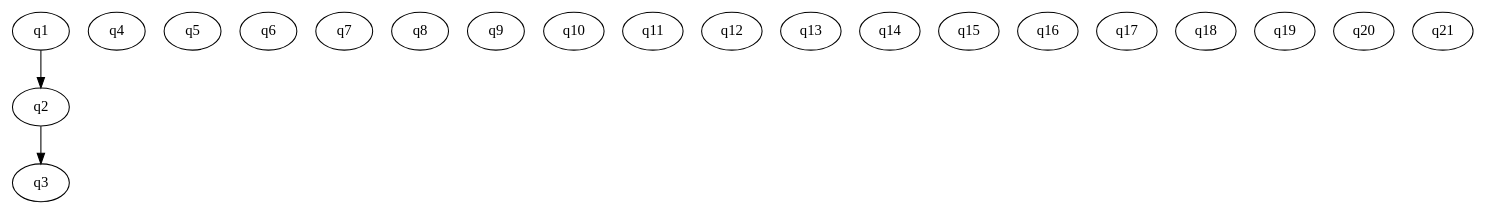
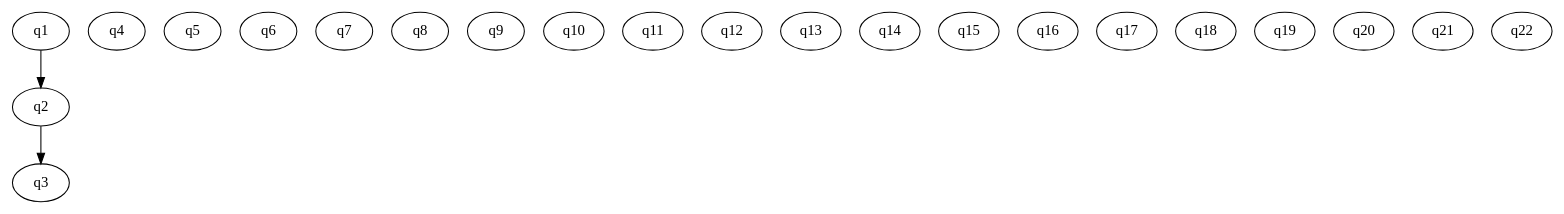
The diagram in algebra742live/content/question_digraphs/ch5.dot (cdurden/algebra742), drawn with Graphviz before and after one commit. The commit also changed 7 other files, not shown here.

```diff
--- a/algebra742live/content/question_digraphs/ch5.dot
+++ b/algebra742live/content/question_digraphs/ch5.dot
@@ -1,25 +1,27 @@
 digraph ch5 {
   start=q1;
   q1 [class="Question.SolutionQuestion",params="{'statement': 'x+3>70'}"];
   q2 [class="Question.SolutionQuestion",params="{'statement': 'x+3<70'}"];
   q3 [class="Question.SolutionQuestion",params="{'statement': '5x<2'}"];
   q4 [class="Question.SolutionQuestion",params="{'statement': '-5x<2'}"];
   q5 [class="Question.NonSolutionQuestion",params="{'statement': 'x+3>70'}"];
   q6 [class="Question.NonSolutionQuestion",params="{'statement': 'x+3<70'}"];
   q7 [class="Question.NonSolutionQuestion",params="{'statement': '5x<2'}"];
   q8 [class="Question.NonSolutionQuestion",params="{'statement': '-5x<2'}"];
   q9 [class="Question.SolutionQuestion",params="{'statement': '-3x>18'}"];
   q10 [class="Question.OpenEndedQuestion",params="{'Question': 'How are the solutions to the inequality $-3x \\ge 18$ different from the solutions to $-3x>18$? Explain your reasoning.'}"];
   q11 [class="Question.AsyGraphicsDrawingQuestion",params="{'template': 'NumberLine.asy', 'min':'-8', 'max':'8', 'Question': 'Where are $-5$ and $2$ relative to each other?'}"];
   q12 [class="Question.DotGraphicsQuestion",params="{'template': 'ch5.dot'}"];
   q13 [class="Question.MultiPartQuestion",params="{'parts': [{'class':'Question.SolutionQuestion', 'params': {'statement': 'x+3>70'}}, {'class':'Question.SolutionQuestion', 'params': {'statement': 'x+3<70'}}, {'class':'Question.SolutionQuestion', 'params': {'statement': '5x<2'}}, {'class':'Question.SolutionQuestion', 'params': {'statement': '-5x<2'}}]}"];
   q14 [class="Question.AsyGraphicsQuestion",params="{'template': 'NumberLine.asy', 'min':'-3', 'max':'8', 'Question': ''}"];
   q15 [class="Question.AsyGraphicsQuestion",params="{'template': 'NumberLine.asy', 'min':'-3', 'max':'20', 'Question': ''}"];
   q16 [class="Question.AsyGraphicsQuestion",params="{'template': 'NumberLine.asy', 'min':'-3', 'max':'10', 'Question': ''}"];
   q17 [class="Question.DrawingQuestion",params="{'background_image_url': '/static/images/NumberLineNoLabels.png','Question': 'Graph the solutions to the inequality $-x \\geq -4$ on the number line:'}"];
   q18 [class="Question.CompleteTableQuestion",params="{'csv': 'a,b,c\n1,[2],3\n4,[5],6\n','Question': 'Complete the table','transpose_display': 'True'}"];
   q19 [class="Question.CompleteTableDraggableQuestion",params="{'csv': '$x$,$-x$,True or false: $-x \\geq -4$\n3,[-3],[True]\n-3,[3],[True]\n4,[-4],[True]\n-4,[4],[True]\n4.001,[-4.001],[False]\n-4.001,[4.001],[True]\n','Question': 'Complete the table','transpose_display': 'True','blocks':[3,4,-3,-4,4.001,-4.001,'True','False']}"];
   q20 [class="Question.CompleteTableQuestion",params="{'csv': '$x$,$x-3$\n-4,-7\n-3,[-6]\n-2,-5\n-1,[-4]\n0,[-3]\n1,[-2]\n2,-1\n3,[0]\n4,1','Question': 'Complete the table','transpose_display': 'True'}"];
   q21 [class="Question.CompleteTableQuestion",params="{'csv': '$x$,$2x$\n-4,[-8]\n-3,[-6]\n-2,[-4]\n-1,[-2]\n0,[0]\n1,[2]\n2,[4]\n3,[6]\n4,[8]','Question': 'Complete the table','transpose_display': 'True'}"];
   q1 -> q2 -> q3;
+  q22 [class="Question.AsyGraphicsQuestion",params="{'template': 'CartesianPlane.asy', 'min_y':'-8', 'max_y':'8', 'step_y':'1', 'min_x':'-8', 'max_x':'8', 'step_x':'1', 'Question': 'Where are $-5$ and $2$ relative to each other?'}"];
+  q22 [class="Question.AsyGraphicsQuestion",params="{'template': 'CartesianPlane.asy', 'min_y':'-11', 'max_y':'11', 'step_y':'1', 'min_x':'-11', 'max_x':'11', 'step_x':'1', 'Question': 'Where are $-5$ and $2$ relative to each other?'}"];
 }
```
